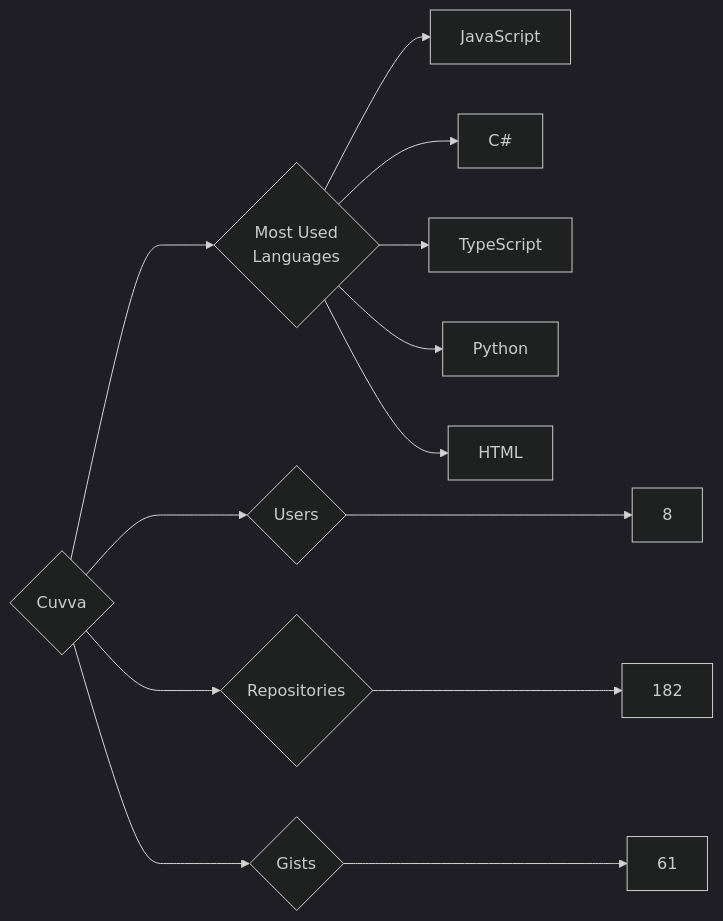
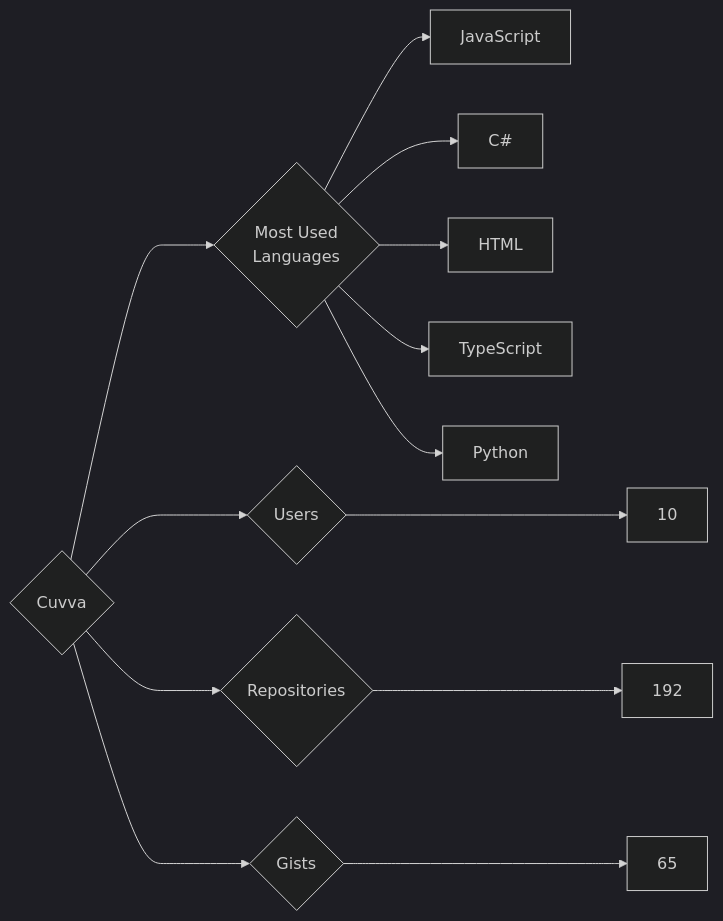
One commit to trickest/insiders changed the diagram in targets/Cuvva/README.md. Above: the diagram before and after it, drawn with Mermaid (dark theme). The commit also changed 891 other files, not shown here.

````diff
--- a/targets/Cuvva/README.md
+++ b/targets/Cuvva/README.md
@@ -3,13 +3,13 @@
 ```mermaid
 graph LR
 COMPANY_NAME{Cuvva}
-COMPANY_NAME ---> U{Users} ---> UN[8]
-COMPANY_NAME ---> R{Repositories} ---> RN[182]
-COMPANY_NAME ---> G{Gists} ---> GN[61]
+COMPANY_NAME ---> U{Users} ---> UN[10]
+COMPANY_NAME ---> R{Repositories} ---> RN[192]
+COMPANY_NAME ---> G{Gists} ---> GN[65]
 COMPANY_NAME ---> ML{Most Used<br>Languages}
 ML --> JavaScript[JavaScript]
 ML --> C#[C#]
+ML --> HTML[HTML]
 ML --> TypeScript[TypeScript]
 ML --> Python[Python]
-ML --> HTML[HTML]
 ```
````
